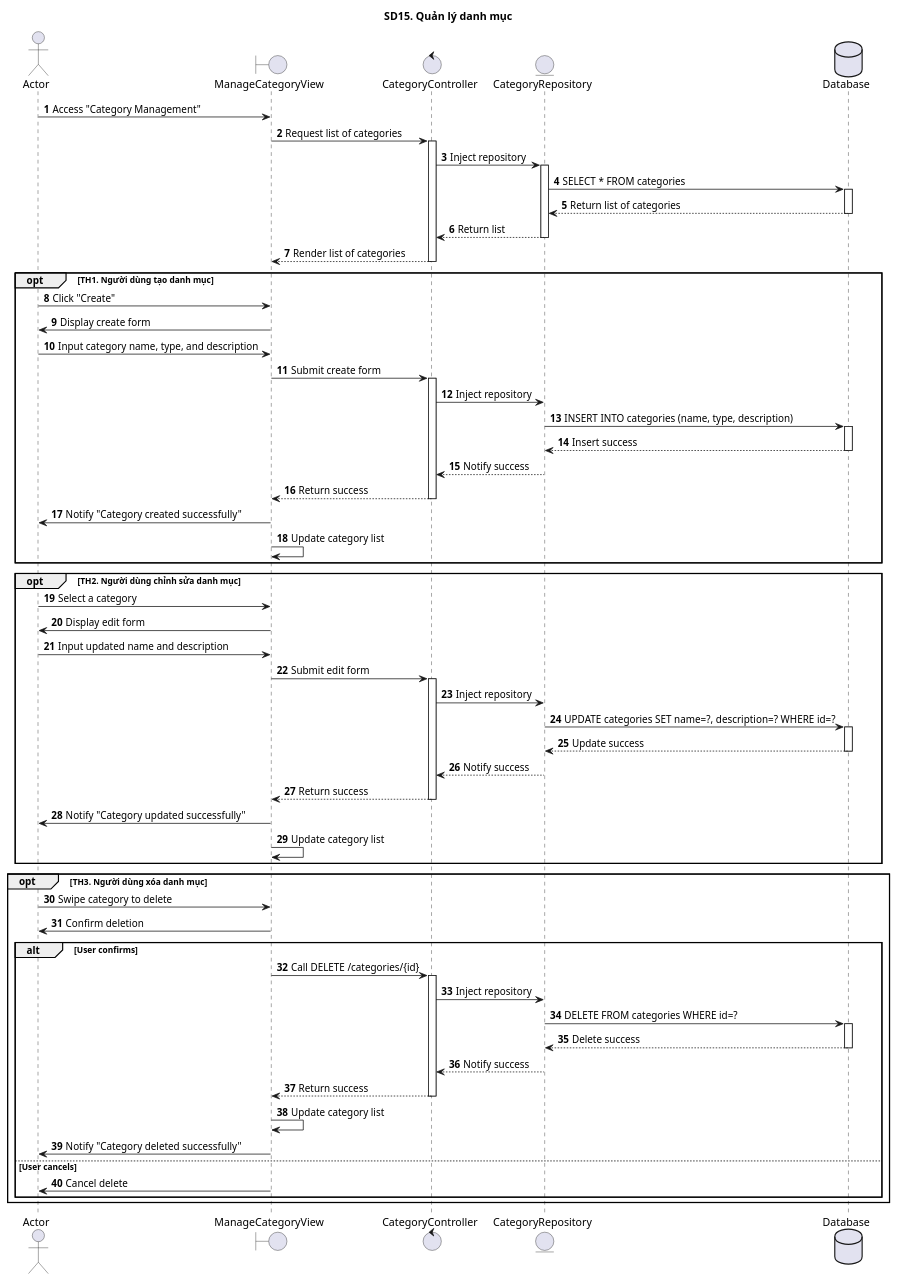
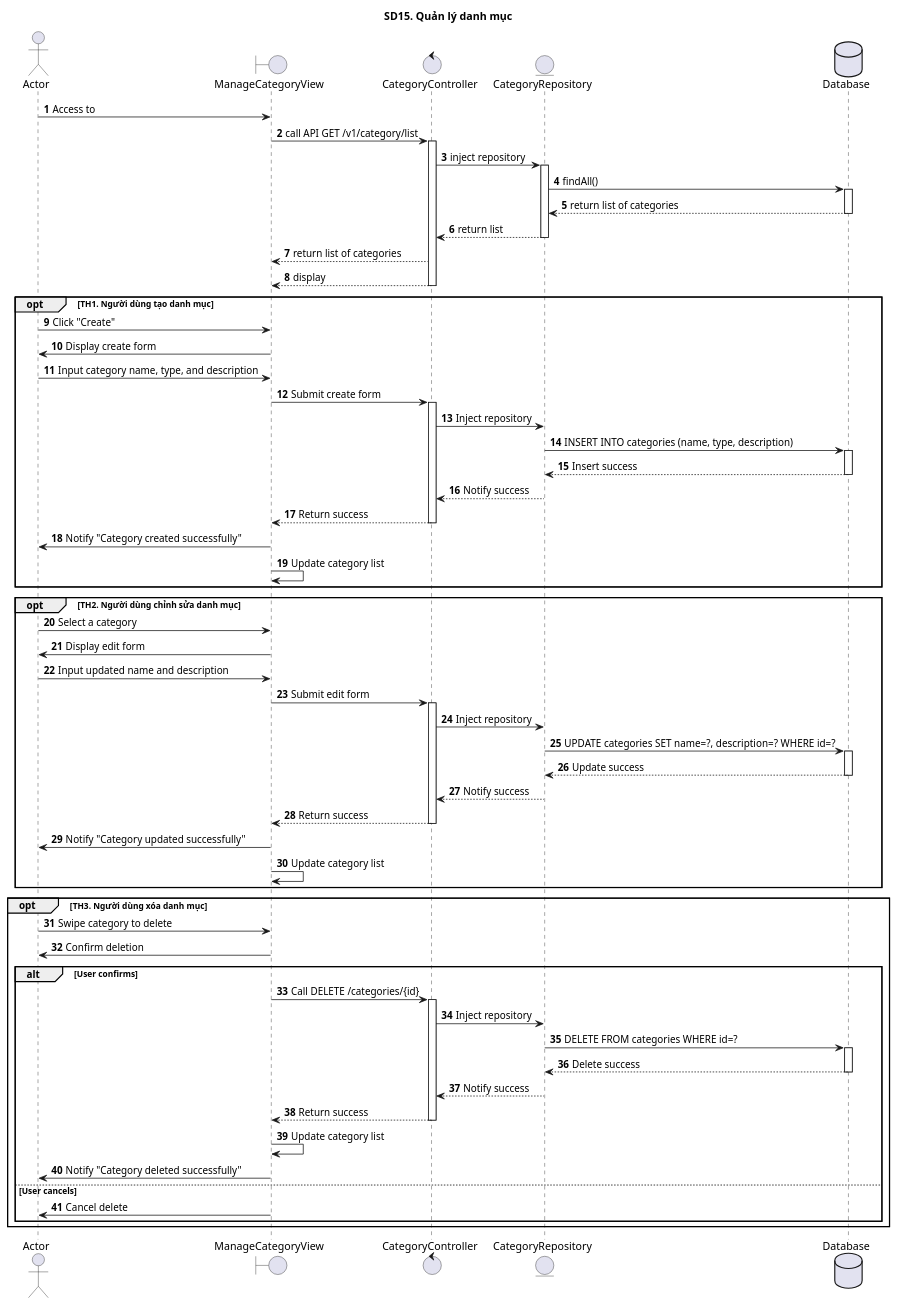
Before and after one commit to ITZ-Developers/Finance-UML: the diagram in 15_QuanLyDanhMuc/sd15.puml, drawn with PlantUML. The commit also changed 1 other file, not shown here.

```diff
--- a/15_QuanLyDanhMuc/sd15.puml
+++ b/15_QuanLyDanhMuc/sd15.puml
@@ -1,88 +1,89 @@
 @startuml SQ
 autonumber
 title SD15. Quản lý danh mục
 actor "Actor" as actor
 boundary "ManageCategoryView" as manageView
 control "CategoryController" as controller
 entity "CategoryRepository" as model
 database "Database" as database
 
 ' Main Flow
-actor -> manageView : Access "Category Management"
-manageView -> controller : Request list of categories
+actor -> manageView : Access to
+manageView -> controller : call API GET /v1/category/list
 activate controller
-controller -> model : Inject repository
+controller -> model : inject repository
 activate model
-model -> database : SELECT * FROM categories
+model -> database : findAll()
 activate database
-database --> model : Return list of categories
+database --> model : return list of categories
 deactivate database
-model --> controller : Return list
+model --> controller : return list
 deactivate model
-controller --> manageView : Render list of categories
+controller --> manageView : return list of categories
+controller --> manageView : display
 deactivate controller
 
 ' Option TH1: Create Category
 opt TH1. Người dùng tạo danh mục
     actor -> manageView : Click "Create"
     manageView -> actor : Display create form
     actor -> manageView : Input category name, type, and description
     manageView -> controller : Submit create form
     activate controller
     controller -> model : Inject repository
     model -> database : INSERT INTO categories (name, type, description)
     activate database
     database --> model : Insert success
     deactivate database
     model --> controller : Notify success
     deactivate model
     controller --> manageView : Return success
     deactivate controller
     manageView -> actor : Notify "Category created successfully"
     manageView -> manageView : Update category list
 end
 
 ' Option TH2: Edit Category
 opt TH2. Người dùng chỉnh sửa danh mục
     actor -> manageView : Select a category
     manageView -> actor : Display edit form
     actor -> manageView : Input updated name and description
     manageView -> controller : Submit edit form
     activate controller
     controller -> model : Inject repository
     model -> database : UPDATE categories SET name=?, description=? WHERE id=?
     activate database
     database --> model : Update success
     deactivate database
     model --> controller : Notify success
     deactivate model
     controller --> manageView : Return success
     deactivate controller
     manageView -> actor : Notify "Category updated successfully"
     manageView -> manageView : Update category list
 end
 
 ' Option TH3: Delete Category
 opt TH3. Người dùng xóa danh mục
     actor -> manageView : Swipe category to delete
     manageView -> actor : Confirm deletion
     alt User confirms
         manageView -> controller : Call DELETE /categories/{id}
         activate controller
         controller -> model : Inject repository
         model -> database : DELETE FROM categories WHERE id=?
         activate database
         database --> model : Delete success
         deactivate database
         model --> controller : Notify success
         deactivate model
         controller --> manageView : Return success
         deactivate controller
         manageView -> manageView : Update category list
         manageView -> actor : Notify "Category deleted successfully"
     else User cancels
         manageView -> actor : Cancel delete
     end
 end
 
 @enduml
```
